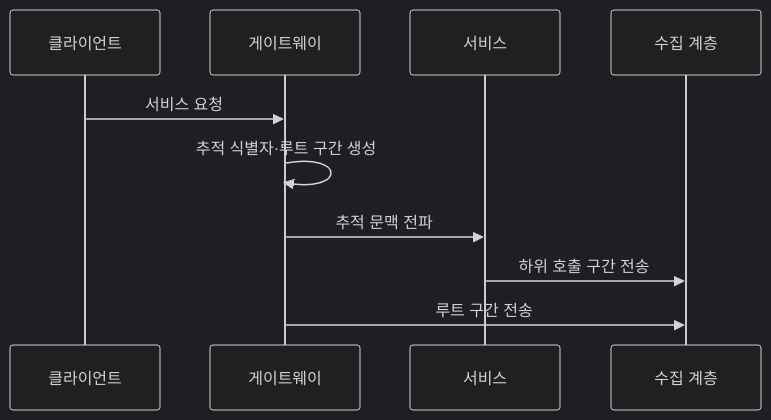
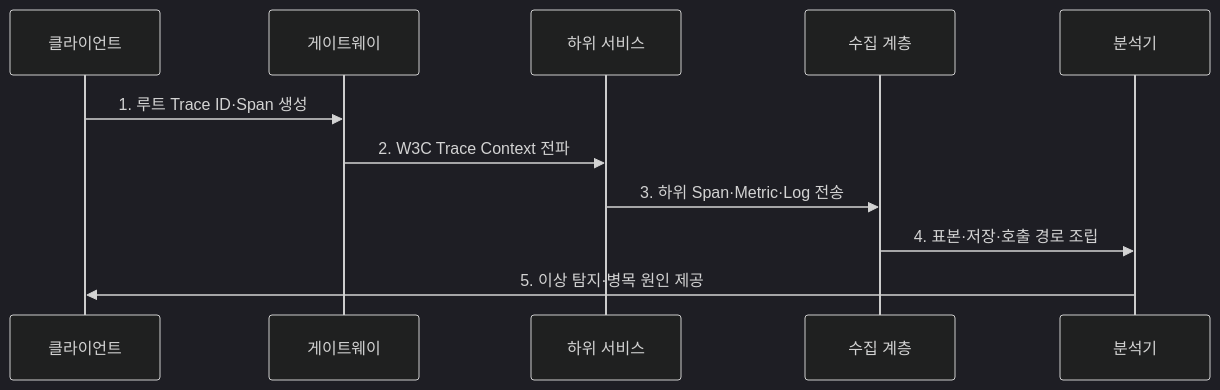
Before and after one commit to agnusdei1207/knowledge-base: the second of 2 diagrams in src/content/docs/notes/06-evaluation/008_apm_application_performance_management.md, drawn with Mermaid (dark theme). The commit also changed other lines of this file and 6 other files, not shown here.

````diff
--- a/src/content/docs/notes/06-evaluation/008_apm_application_performance_management.md
+++ b/src/content/docs/notes/06-evaluation/008_apm_application_performance_management.md
@@ -72,12 +77,13 @@
 ```mermaid
 sequenceDiagram
-    participant C as 클라이언트
-    participant G as 게이트웨이
-    participant S as 서비스
-    participant A as 수집 계층
-    C->>G: 서비스 요청
-    G->>G: 추적 식별자·루트 구간 생성
-    G->>S: 추적 문맥 전파
-    S->>A: 하위 호출 구간 전송
-    G->>A: 루트 구간 전송
+  participant C as 클라이언트
+  participant G as 게이트웨이
+  participant S as 하위 서비스
+  participant O as 수집 계층
+  participant A as 분석기
+  C->>G: 1. 루트 Trace ID·Span 생성
+  G->>S: 2. W3C Trace Context 전파
+  S->>O: 3. 하위 Span·Metric·Log 전송
+  O->>A: 4. 표본·저장·호출 경로 조립
+  A->>C: 5. 이상 탐지·병목 원인 제공
 ```
````
